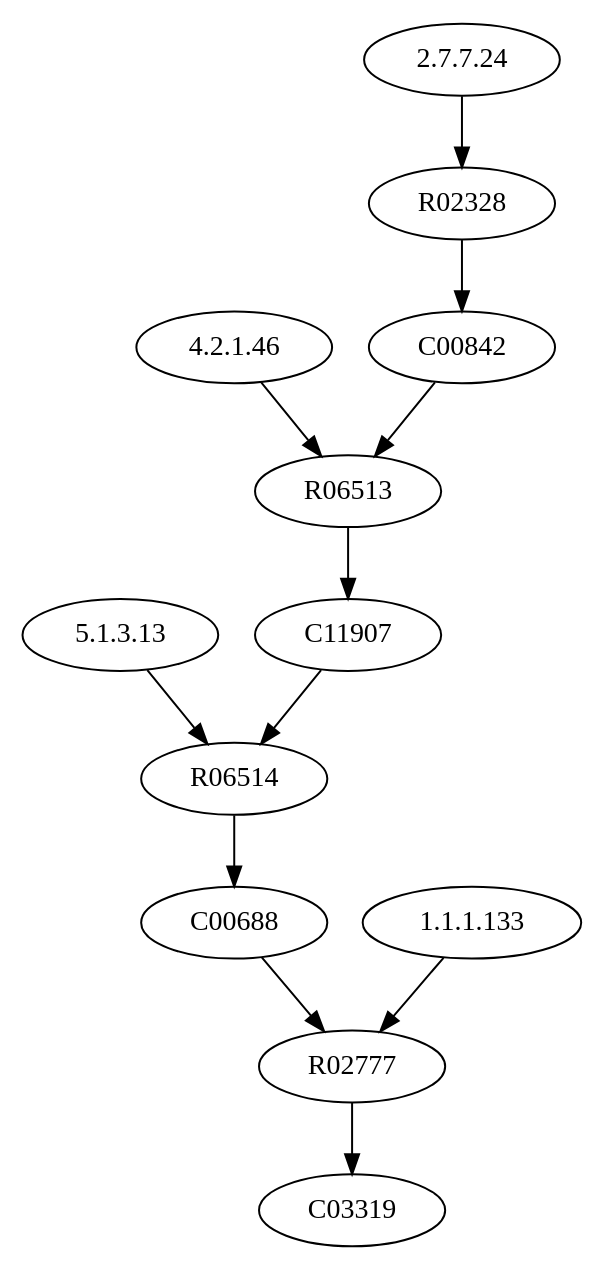
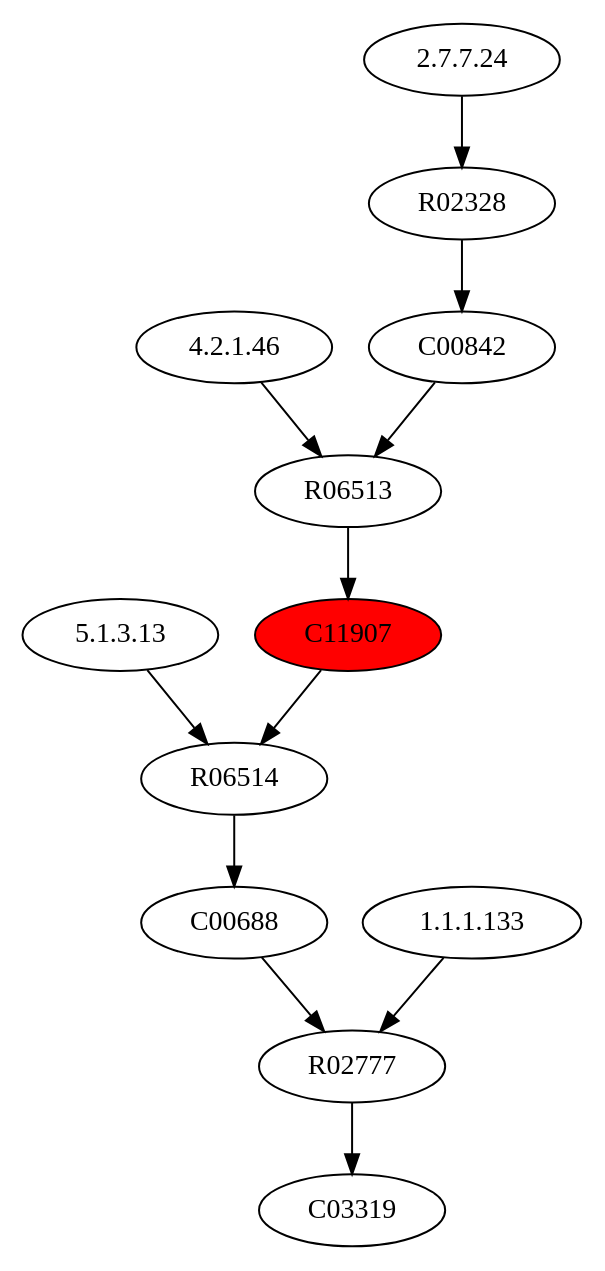
One commit to h3llcat25/BachelorQUBOProject changed the diagram in graphStuff/smallDots_w_marked_and_tests/eco_filtering_dot/Polyketide_marked.dot. Above: the diagram before and after it, drawn with Graphviz. The commit also changed 1 other file, not shown here.

Commit message:
small changes in dot graphs, i dont know why im tracking this...

```diff
--- a/graphStuff/smallDots_w_marked_and_tests/eco_filtering_dot/Polyketide_marked.dot
+++ b/graphStuff/smallDots_w_marked_and_tests/eco_filtering_dot/Polyketide_marked.dot
@@ -1,25 +1,25 @@
 digraph G {
 "5.1.3.13" [type=E];
 "2.7.7.24" [type=E];
 "1.1.1.133" [type=E];
 "4.2.1.46" [type=E];
 R02328 [type=R];
 R06513 [type=R];
 R02777 [type=R];
 R06514 [type=R];
-C11907 [type=C, fillcolor = red];
+C11907 [type=C, fillcolor = red, style = filled];
 C00842 [type=C];
 C03319 [type=C];
 C00688 [type=C];
 C00688 -> R02777;
 R02777 -> C03319;
 C11907 -> R06514;
 R06514 -> C00688;
 C00842 -> R06513;
 R06513 -> C11907;
 R02328 -> C00842;
 "2.7.7.24" -> R02328;
 "4.2.1.46" -> R06513;
 "1.1.1.133" -> R02777;
 "5.1.3.13" -> R06514;
 }
```
